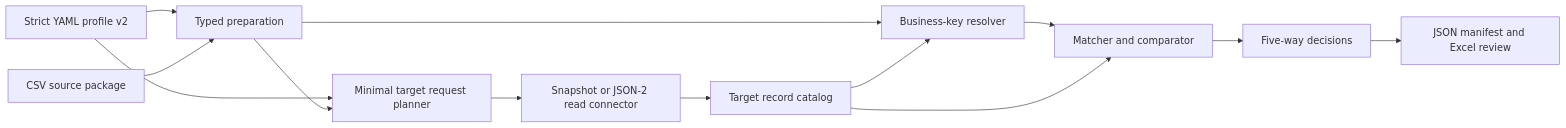
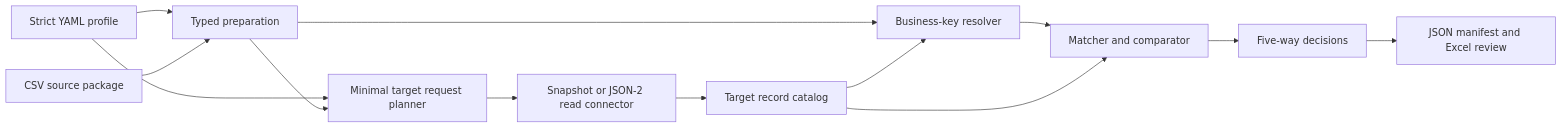
One commit to fderyckel/dev-impodo changed the diagram in ARCHITECTURE.md. Above: the diagram before and after it, drawn with Mermaid. The commit also changed other lines of this file and 36 other files, not shown here.

````diff
--- a/ARCHITECTURE.md
+++ b/ARCHITECTURE.md
@@ -15,26 +15,26 @@
 ```mermaid
 flowchart LR
-    Profile["Strict YAML profile v2"]
+    Profile["Strict YAML profile"]
     Source["CSV source package"]
     Prepare["Typed preparation"]
     Plan["Minimal target request planner"]
     Connector["Snapshot or JSON-2 read connector"]
     Catalog["Target record catalog"]
     Resolve["Business-key resolver"]
     Compare["Matcher and comparator"]
     Result["Five-way decisions"]
     Review["JSON manifest and Excel review"]
 
     Profile --> Prepare
     Source --> Prepare
     Profile --> Plan
     Prepare --> Plan
     Plan --> Connector
     Connector --> Catalog
     Prepare --> Resolve
     Catalog --> Resolve
     Resolve --> Compare
     Catalog --> Compare
     Compare --> Result
     Result --> Review
 ```
````
